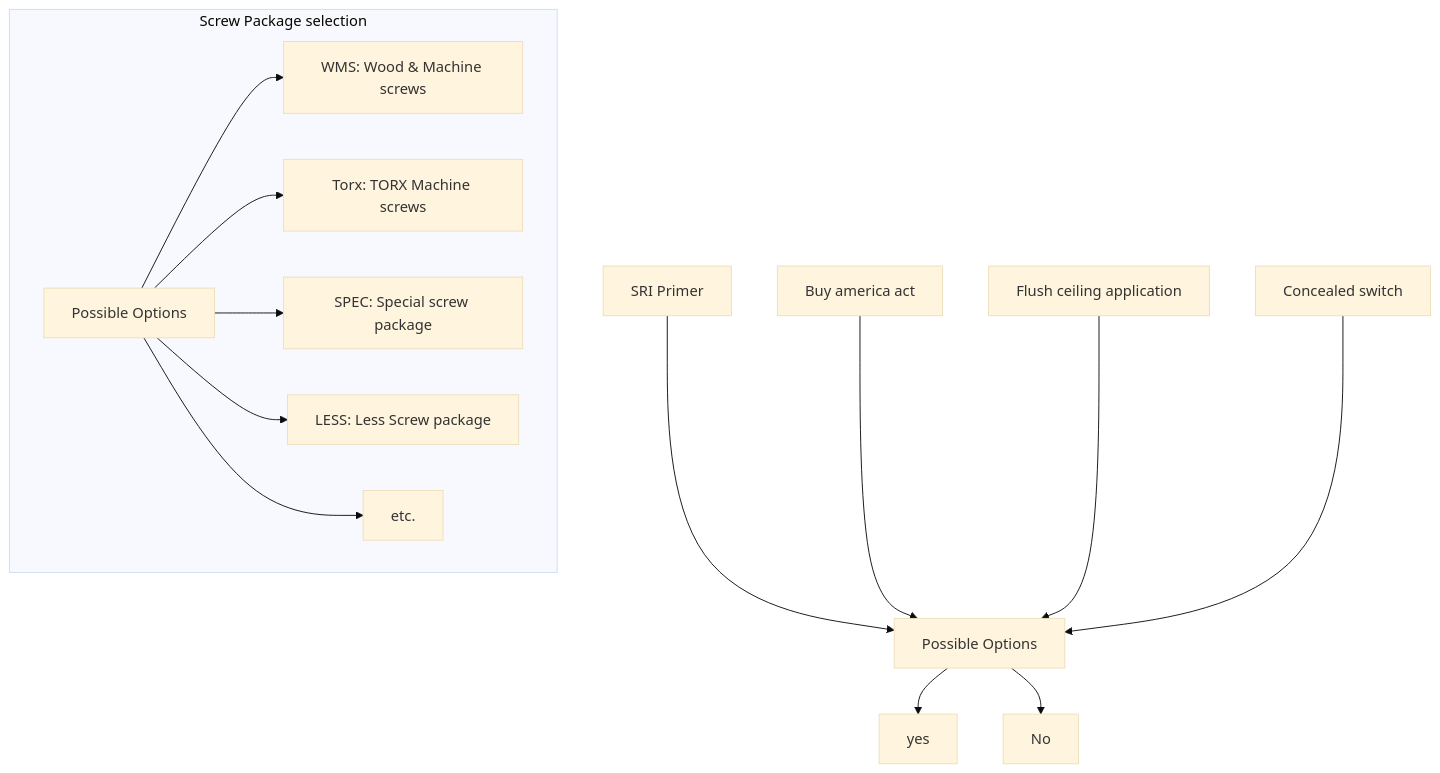
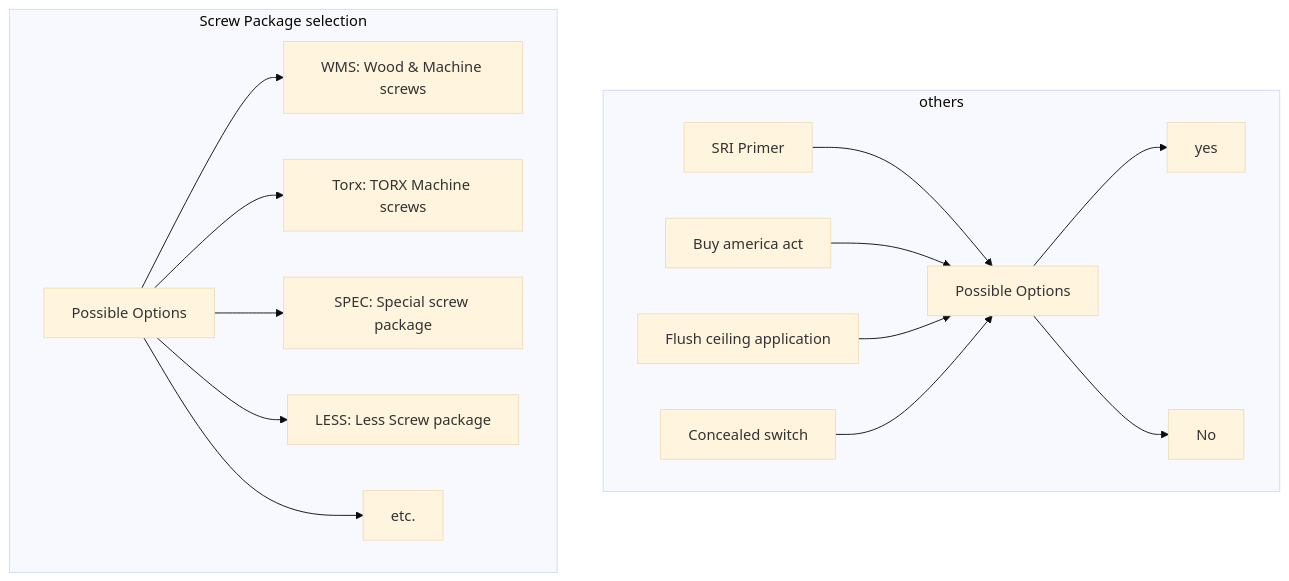
Diagram 23 of 23 in README.md (alokdas81/diamond-pricebook-diagram), drawn with Mermaid (base theme) before and after one commit. The commit also changed other lines of this file, not shown here.

````diff
--- a/README.md
+++ b/README.md
@@ -992,26 +999,27 @@
 ```mermaid
 graph TB
 
-
+subgraph others
 G[SRI Primer]
 H[Buy america act]
 I[Flush ceiling application]
 J[Concealed switch]
 P[Possible Options]
 G --> P 
 H --> P 
 I --> P 
 J --> P 
 P --> Y[yes] 
 P --> N[No] 
+end
 
 subgraph Screw Package selection
 A[Possible Options] --> B[WMS: Wood & Machine screws]
 A --> C[Torx: TORX Machine screws]
 A --> D[SPEC: Special screw package]
 A --> E[LESS: Less Screw package]
 A --> F[etc.]
 end
 
 
 ```
````
